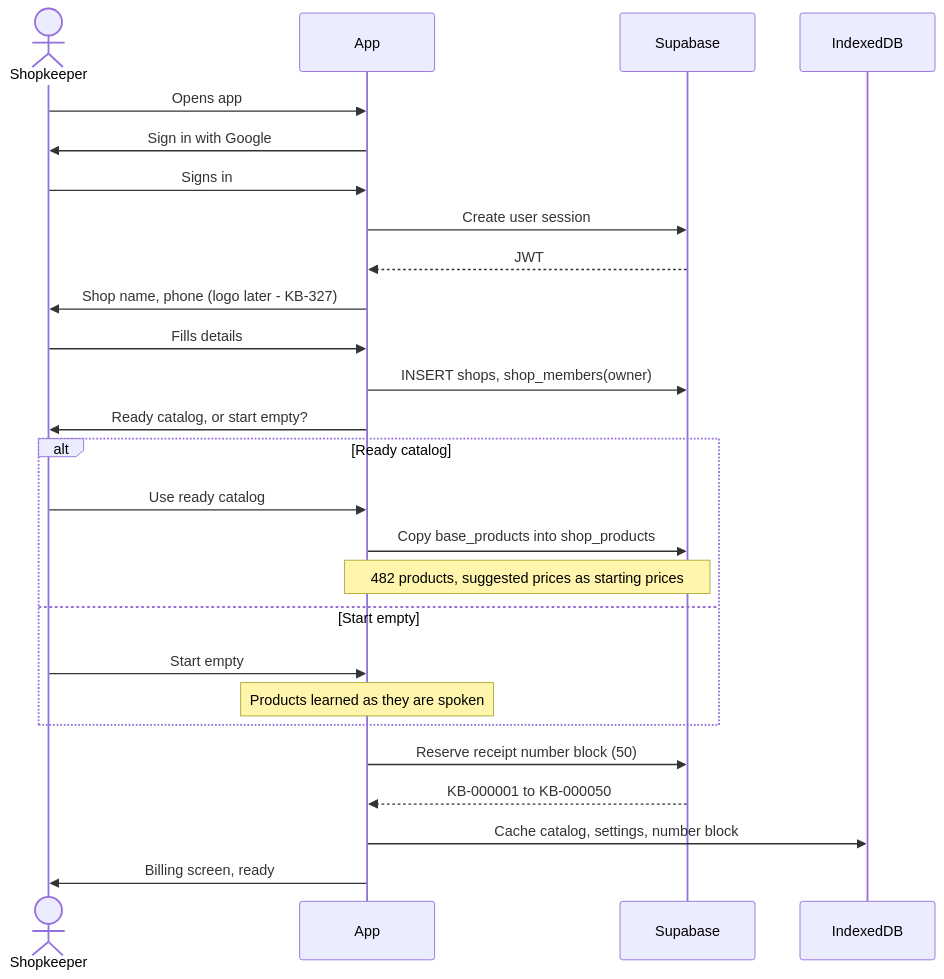
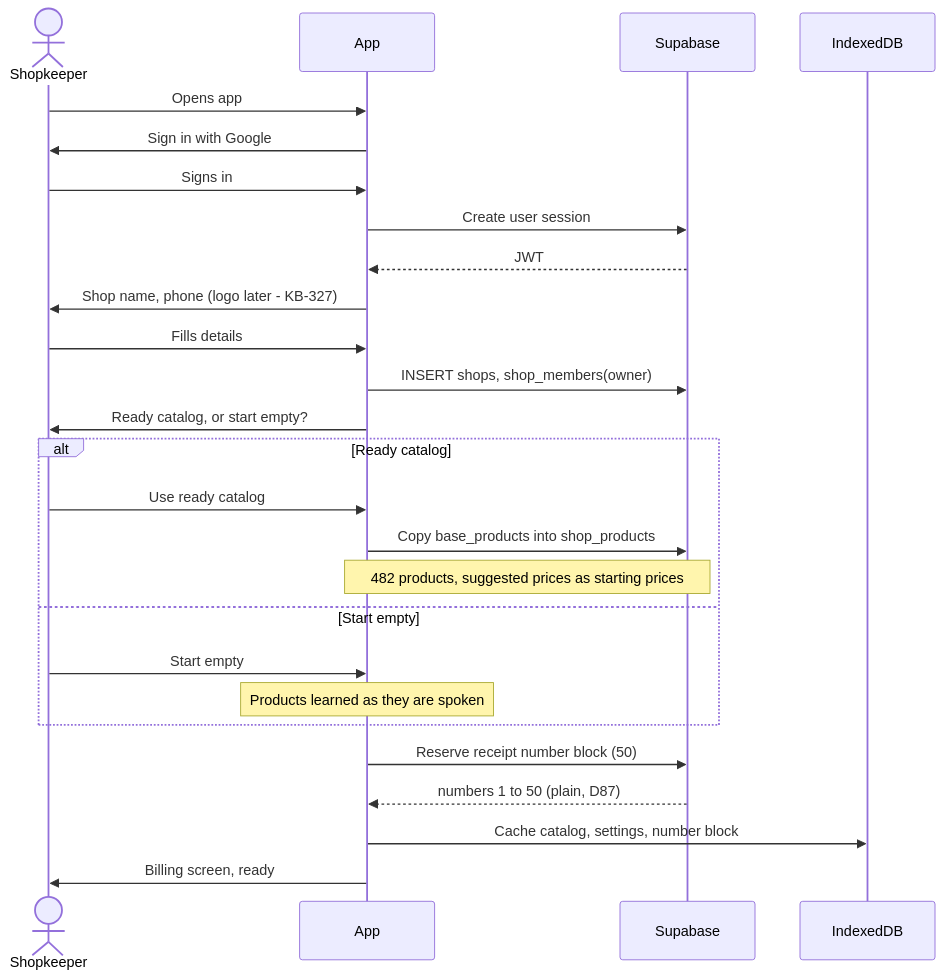
The second of 8 diagrams in docs/16-APP-FLOW.md (anshg05/kiranabill), drawn with Mermaid before and after one commit. The commit also changed other lines of this file and 25 other files, not shown here.

````diff
--- a/docs/16-APP-FLOW.md
+++ b/docs/16-APP-FLOW.md
@@ -45,32 +45,32 @@
 ```mermaid
 sequenceDiagram
     actor Shopkeeper
     participant App
     participant Supabase
     participant Local as IndexedDB
 
     Shopkeeper->>App: Opens app
     App->>Shopkeeper: Sign in with Google
     Shopkeeper->>App: Signs in
     App->>Supabase: Create user session
     Supabase-->>App: JWT
 
     App->>Shopkeeper: Shop name, phone (logo later - KB-327)
     Shopkeeper->>App: Fills details
     App->>Supabase: INSERT shops, shop_members(owner)
 
     App->>Shopkeeper: Ready catalog, or start empty?
     alt Ready catalog
         Shopkeeper->>App: Use ready catalog
         App->>Supabase: Copy base_products into shop_products
         Note over App,Supabase: 482 products, suggested prices as starting prices
     else Start empty
         Shopkeeper->>App: Start empty
         Note over App: Products learned as they are spoken
     end
 
     App->>Supabase: Reserve receipt number block (50)
-    Supabase-->>App: KB-000001 to KB-000050
+    Supabase-->>App: numbers 1 to 50 (plain, D87)
     App->>Local: Cache catalog, settings, number block
     App->>Shopkeeper: Billing screen, ready
 ```
````
